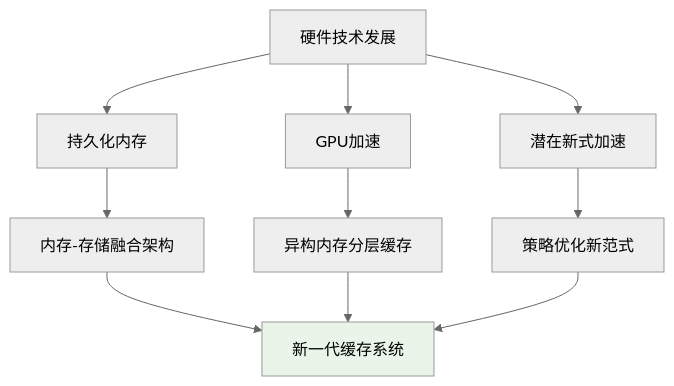
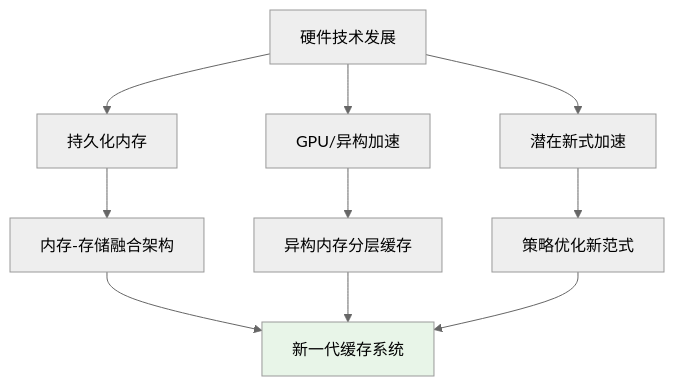
One commit to crazypenguincode/duckdb changed the first of 2 diagrams in md/第六章-总结与展望.md. Above: the diagram before and after it, drawn with Mermaid (neutral theme). The commit also changed other lines of this file, not shown here.

````diff
--- a/md/第六章-总结与展望.md
+++ b/md/第六章-总结与展望.md
@@ -51,13 +57,13 @@
 ```mermaid
 graph TB
     A[硬件技术发展] --> B[持久化内存]
-    A --> C[GPU加速]
+    A --> C[GPU/异构加速]
     A --> D[潜在新式加速]
     B --> E[内存-存储融合架构]
     C --> F[异构内存分层缓存]
     D --> G[策略优化新范式]
     E --> H[新一代缓存系统]
     F --> H
     G --> H
     style H fill:#e8f5e8
 ```
````
